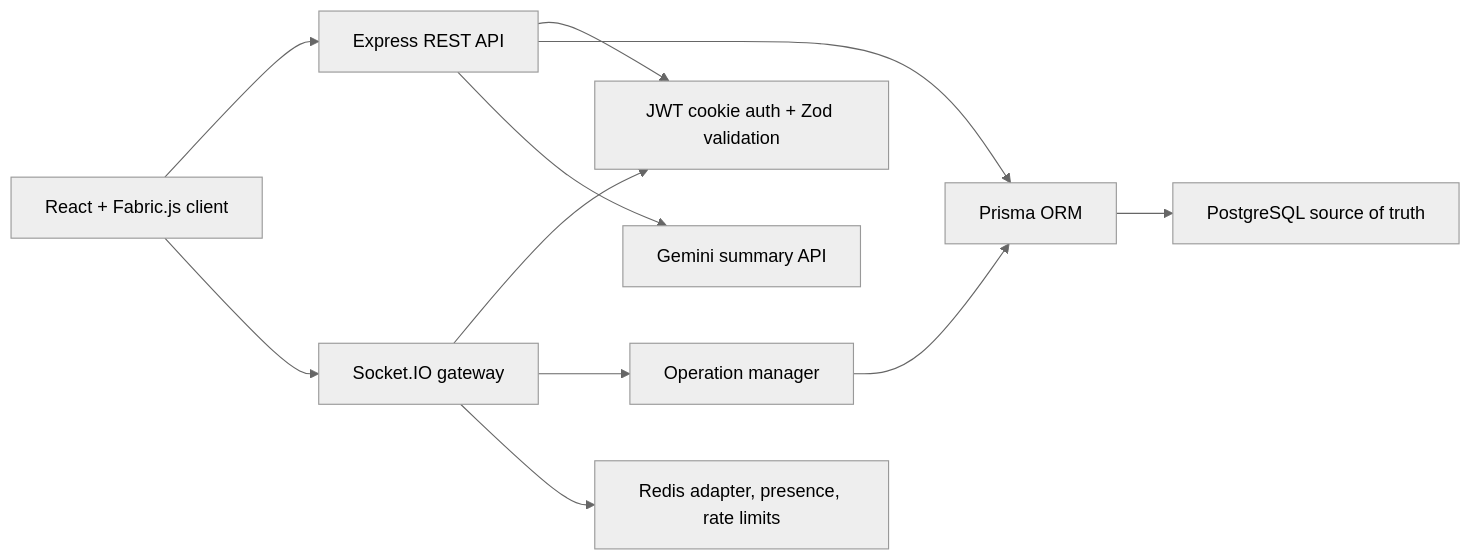
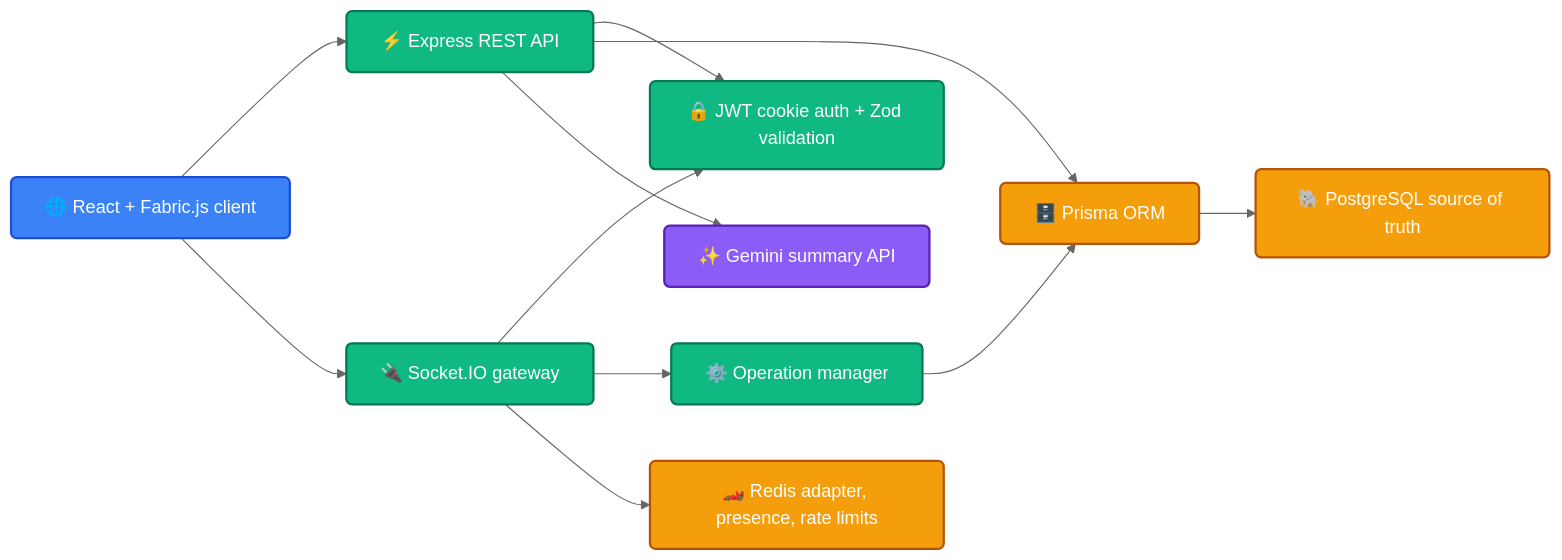
The diagram in README.md (vamshichethan/collabCanvas), drawn with Mermaid (neutral theme) before and after one commit. The commit also changed other lines of this file, not shown here.

````diff
--- a/README.md
+++ b/README.md
@@ -7,13 +15,19 @@
 ```mermaid
 flowchart LR
-  Browser["React + Fabric.js client"] --> REST["Express REST API"]
-  Browser --> Socket["Socket.IO gateway"]
-  REST --> Auth["JWT cookie auth + Zod validation"]
+  %% Define styles
+  classDef client fill:#3b82f6,stroke:#1d4ed8,stroke-width:2px,color:#fff,rx:5px,ry:5px;
+  classDef api fill:#10b981,stroke:#047857,stroke-width:2px,color:#fff,rx:5px,ry:5px;
+  classDef db fill:#f59e0b,stroke:#b45309,stroke-width:2px,color:#fff,rx:5px,ry:5px;
+  classDef ai fill:#8b5cf6,stroke:#5b21b6,stroke-width:2px,color:#fff,rx:5px,ry:5px;
+
+  Browser["🌐 React + Fabric.js client"]:::client --> REST["⚡ Express REST API"]:::api
+  Browser --> Socket["🔌 Socket.IO gateway"]:::api
+  REST --> Auth["🔒 JWT cookie auth + Zod validation"]:::api
   Socket --> Auth
-  REST --> Prisma["Prisma ORM"]
-  Socket --> Operations["Operation manager"]
+  REST --> Prisma["🗄️ Prisma ORM"]:::db
+  Socket --> Operations["⚙️ Operation manager"]:::api
   Operations --> Prisma
-  Prisma --> Postgres["PostgreSQL source of truth"]
-  Socket --> Redis["Redis adapter, presence, rate limits"]
-  REST --> Gemini["Gemini summary API"]
+  Prisma --> Postgres["🐘 PostgreSQL source of truth"]:::db
+  Socket --> Redis["🏎️ Redis adapter, presence, rate limits"]:::db
+  REST --> Gemini["✨ Gemini summary API"]:::ai
 ```
````
